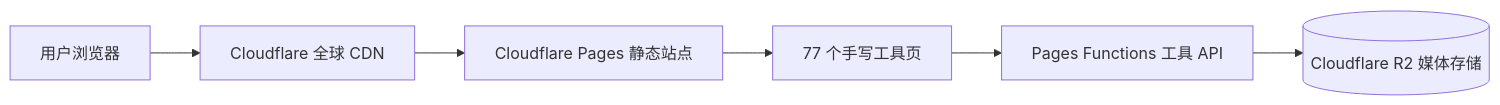
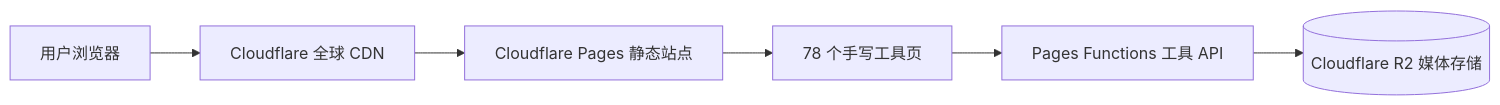
Before and after one commit to YupenBob/clover-tools: the diagram in README.md, drawn with Mermaid. The commit also changed other lines of this file and 28 other files, not shown here.

````diff
--- a/README.md
+++ b/README.md
@@ -59,8 +59,8 @@
 ```mermaid
 flowchart LR
   U[用户浏览器] --> CF[Cloudflare 全球 CDN]
   CF --> P[Cloudflare Pages 静态站点]
-  P --> T[77 个手写工具页]
+  P --> T[78 个手写工具页]
   T --> F[Pages Functions 工具 API]
   F --> R2[(Cloudflare R2 媒体存储)]
 ```
````
